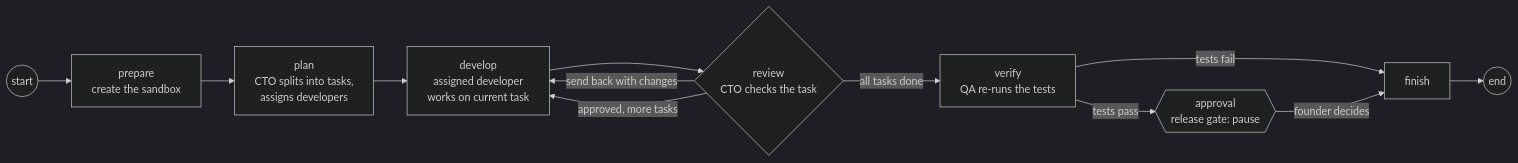
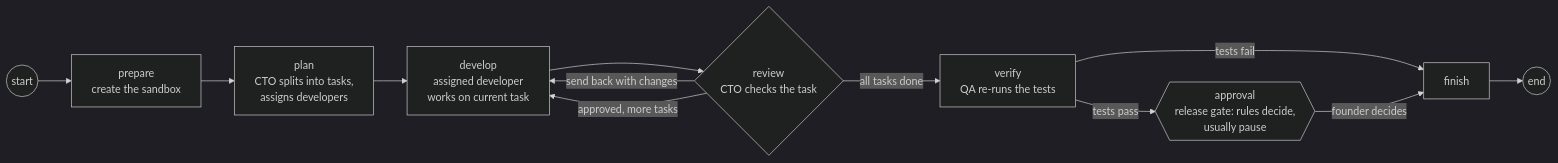
One commit to medhalabs/MedhKarm changed the diagram in docs/technical/features/workflows.md. Above: the diagram before and after it, drawn with Mermaid (dark theme). The commit also changed other lines of this file and 40 other files, not shown here.

Commit message:
approval rules fixed

````diff
--- a/docs/technical/features/workflows.md
+++ b/docs/technical/features/workflows.md
@@ -13,14 +13,14 @@
 ```mermaid
 flowchart LR
     S((start)) --> PR[prepare<br/>create the sandbox]
     PR --> P[plan<br/>CTO splits into tasks,<br/>assigns developers]
     P --> D[develop<br/>assigned developer<br/>works on current task]
     D --> R{review<br/>CTO checks the task}
     R -->|send back with changes| D
     R -->|approved, more tasks| D
     R -->|all tasks done| V[verify<br/>QA re-runs the tests]
-    V -->|tests pass| A{{approval<br/>release gate: pause}}
+    V -->|tests pass| A{{approval<br/>release gate: rules decide,<br/>usually pause}}
     V -->|tests fail| F[finish]
     A -->|founder decides| F
     F --> E((end))
 ```
````
